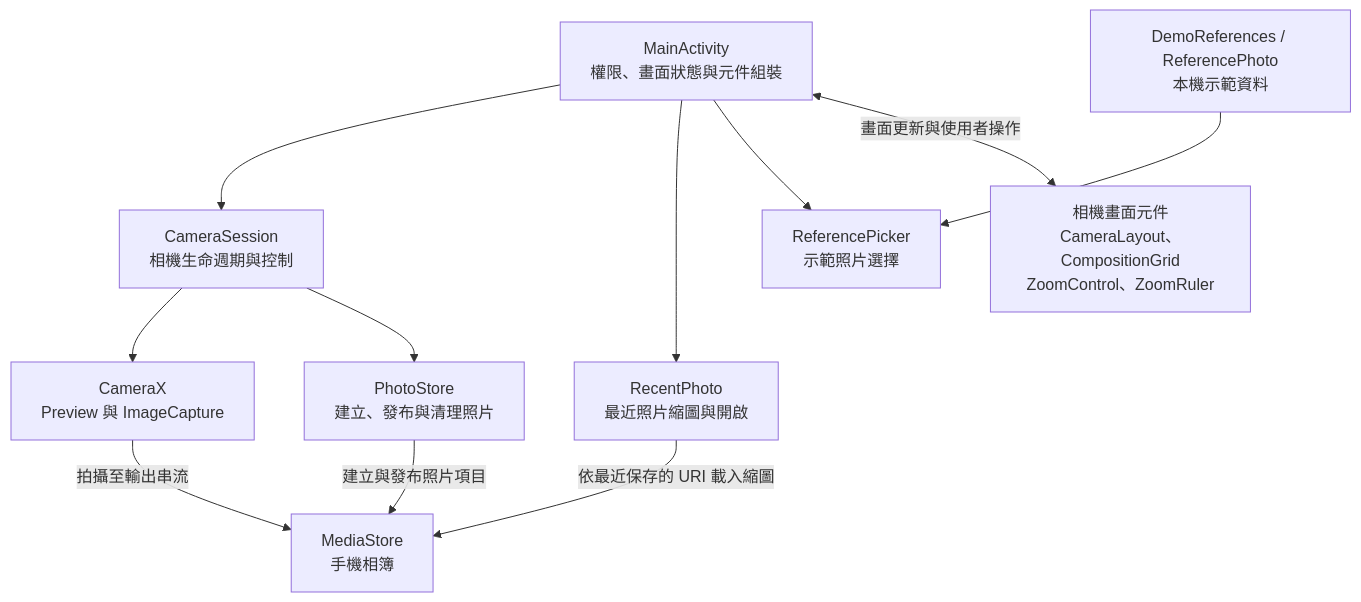
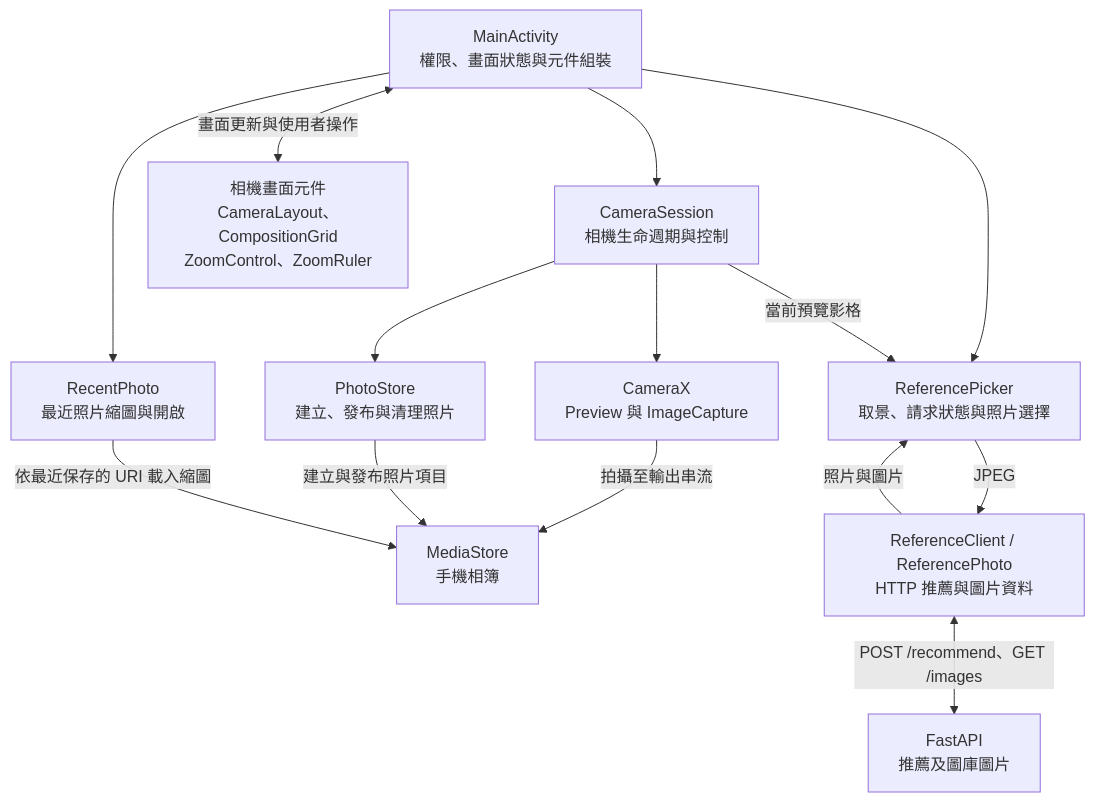
Before and after one commit to OpenBerton/photo-copilot: the diagram in ARCHITECTURE.md, drawn with Mermaid. The commit also changed other lines of this file and 19 other files, not shown here.

````diff
--- a/ARCHITECTURE.md
+++ b/ARCHITECTURE.md
@@ -9,23 +9,27 @@
 ```mermaid
 flowchart TD
     A[MainActivity<br/>權限、畫面狀態與元件組裝]
     B[CameraSession<br/>相機生命週期與控制]
     C[CameraX<br/>Preview 與 ImageCapture]
     D[PhotoStore<br/>建立、發布與清理照片]
     E[MediaStore<br/>手機相簿]
     F[RecentPhoto<br/>最近照片縮圖與開啟]
-    G[ReferencePicker<br/>示範照片選擇]
-    H[DemoReferences / ReferencePhoto<br/>本機示範資料]
+    G[ReferencePicker<br/>取景、請求狀態與照片選擇]
+    H[ReferenceClient / ReferencePhoto<br/>HTTP 推薦與圖片資料]
+    J[FastAPI<br/>推薦及圖庫圖片]
     I[相機畫面元件<br/>CameraLayout、CompositionGrid<br/>ZoomControl、ZoomRuler]
 
     A --> B
     B --> C
     B --> D
     C -->|拍攝至輸出串流| E
     D -->|建立與發布照片項目| E
     F -->|依最近保存的 URI 載入縮圖| E
     A --> F
     A --> G
-    H --> G
+    G -->|JPEG| H
+    H <-->|POST /recommend、GET /images| J
+    H -->|照片與圖片| G
+    B -->|當前預覽影格| G
     A <-->|畫面更新與使用者操作| I
 ```
````
